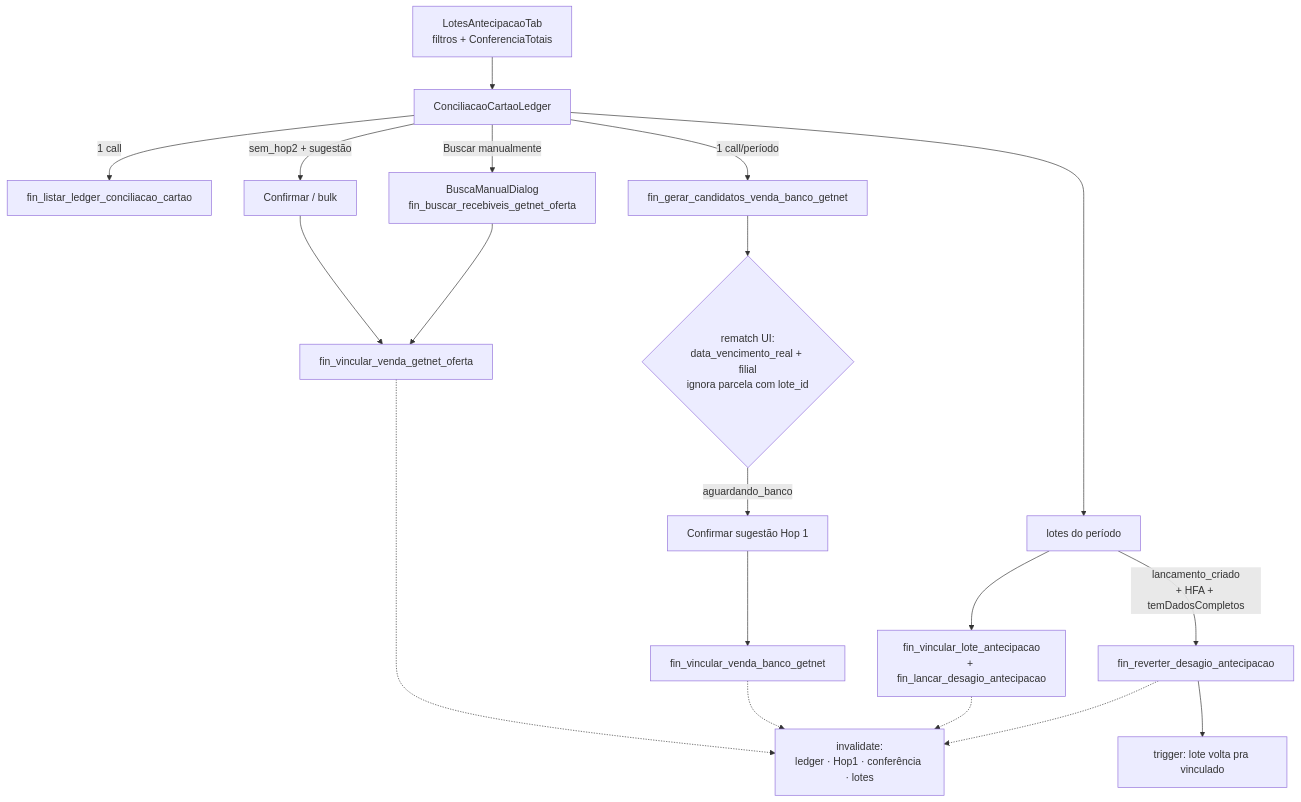
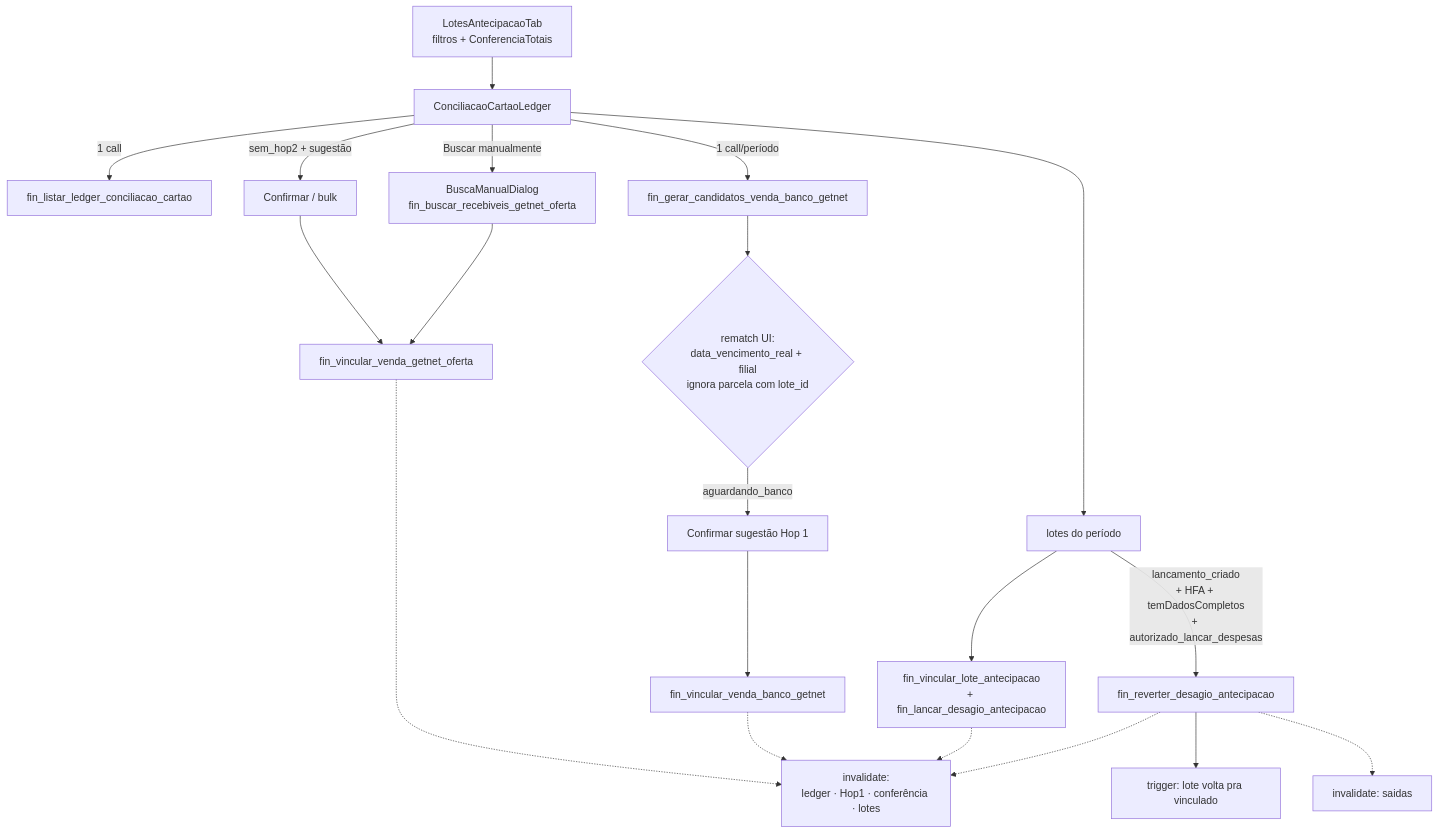
One commit to adrianoapc/igreja-carvalho changed diagram 25 of 41 in docs/diagramas/fluxo-financeiro.md. Above: the diagram before and after it, drawn with Mermaid. The commit also changed other lines of this file and 11 other files, not shown here.

````diff
--- a/docs/diagramas/fluxo-financeiro.md
+++ b/docs/diagramas/fluxo-financeiro.md
@@ -886,21 +886,22 @@
 ```mermaid
 flowchart TD
     TAB["LotesAntecipacaoTab\nfiltros + ConferenciaTotais"] --> LEDGER["ConciliacaoCartaoLedger"]
     LEDGER -->|"1 call"| LRPC["fin_listar_ledger_conciliacao_cartao"]
     LEDGER -->|"1 call/período"| H1["fin_gerar_candidatos_venda_banco_getnet"]
     H1 --> MATCH{"rematch UI:\ndata_vencimento_real + filial\nignora parcela com lote_id"}
     MATCH -->|"aguardando_banco"| BTN1["Confirmar sugestão Hop 1"]
     LEDGER -->|"sem_hop2 + sugestão"| BTN2["Confirmar / bulk"]
     LEDGER -->|"Buscar manualmente"| BUSCA["BuscaManualDialog\nfin_buscar_recebiveis_getnet_oferta"]
     BTN2 --> W2["fin_vincular_venda_getnet_oferta"]
     BUSCA --> W2
     BTN1 --> W1["fin_vincular_venda_banco_getnet"]
     LEDGER --> LOTES["lotes do período"]
     LOTES --> W3["fin_vincular_lote_antecipacao\n+ fin_lancar_desagio_antecipacao"]
-    LOTES -->|"lancamento_criado\n+ HFA + temDadosCompletos"| W4["fin_reverter_desagio_antecipacao"]
+    LOTES -->|"lancamento_criado\n+ HFA + temDadosCompletos\n+ autorizado_lancar_despesas"| W4["fin_reverter_desagio_antecipacao"]
     W4 --> TRG["trigger: lote volta pra vinculado"]
     W2 -.-> INV["invalidate:\nledger · Hop1 · conferência · lotes"]
     W1 -.-> INV
     W3 -.-> INV
     W4 -.-> INV
+    W4 -.-> SAIDAS["invalidate: saidas"]
 ```
````
